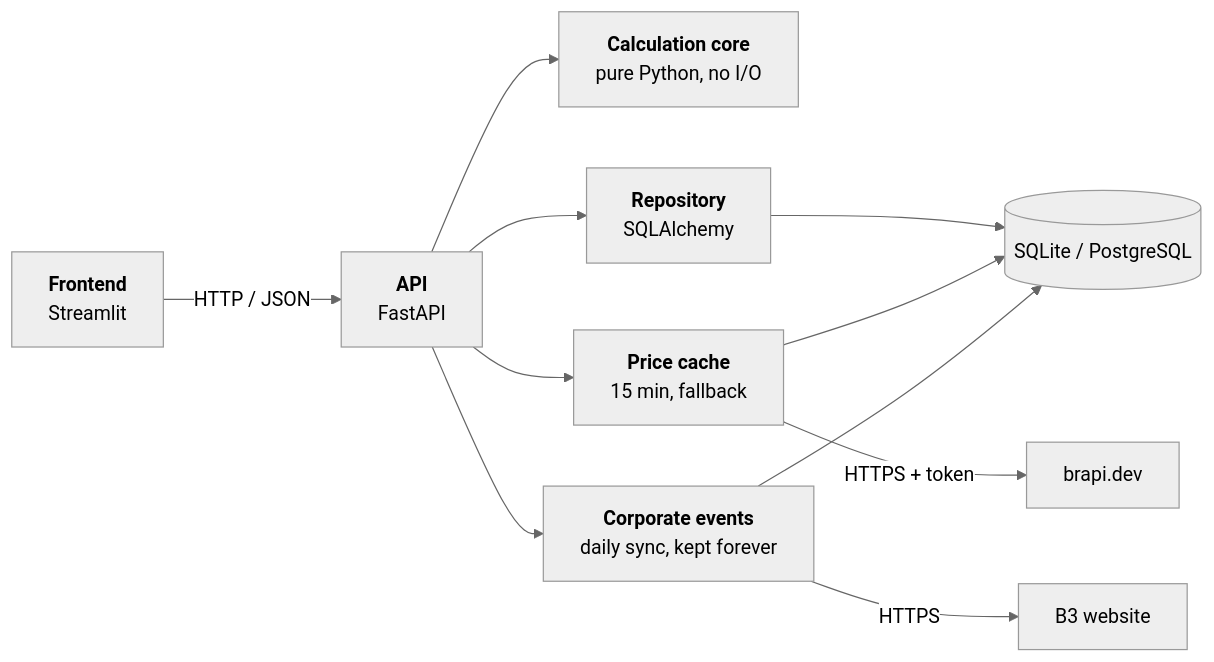
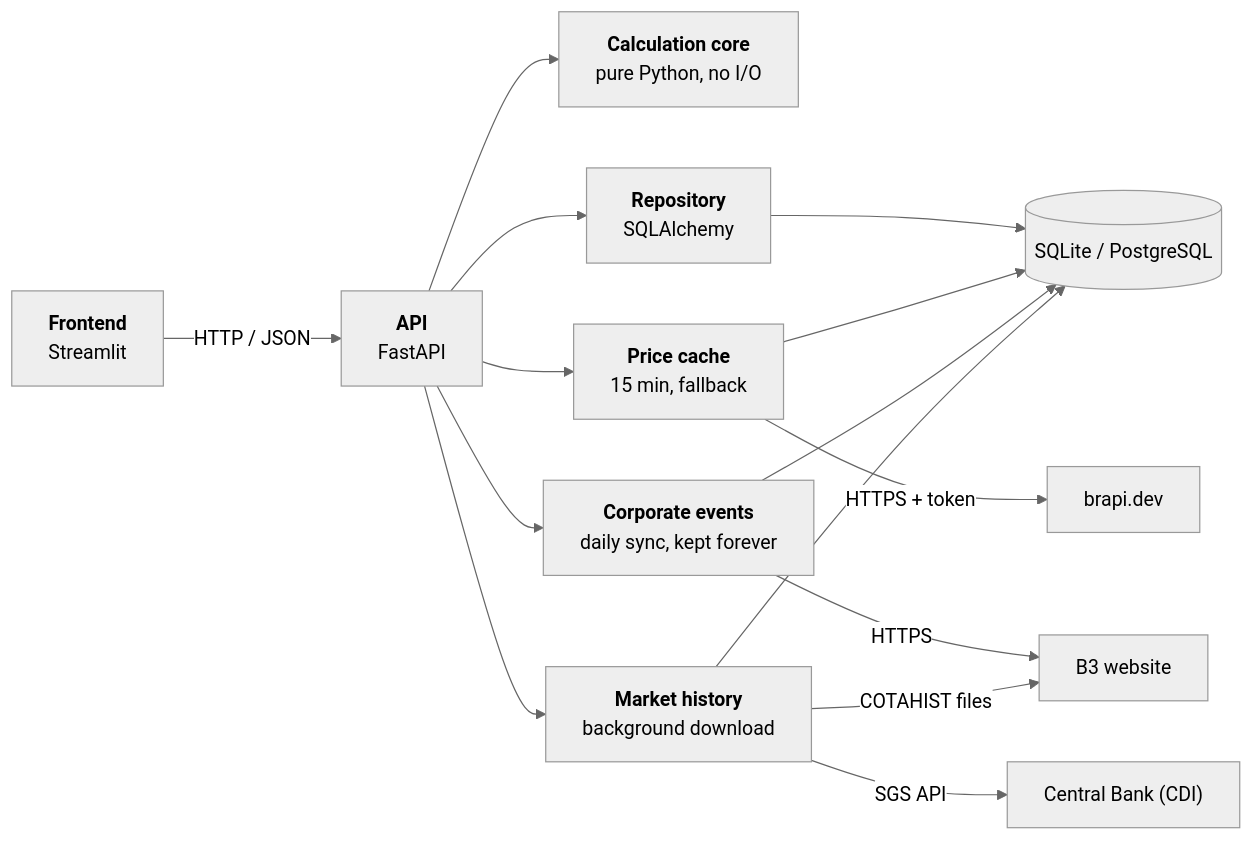
One commit to samuel-mendes-monteiro/InvestTrack changed the diagram in README.md. Above: the diagram before and after it, drawn with Mermaid (neutral theme). The commit also changed other lines of this file and 15 other files, not shown here.

````diff
--- a/README.md
+++ b/README.md
@@ -38,13 +39,17 @@
 ```mermaid
 flowchart LR
     UI["<b>Frontend</b><br/>Streamlit"] -- "HTTP / JSON" --> API["<b>API</b><br/>FastAPI"]
     API --> Core["<b>Calculation core</b><br/>pure Python, no I/O"]
     API --> Repo["<b>Repository</b><br/>SQLAlchemy"]
     Repo --> DB[("SQLite / PostgreSQL")]
     API --> Prices["<b>Price cache</b><br/>15 min, fallback"]
     Prices -- "HTTPS + token" --> Brapi["brapi.dev"]
     Prices --> DB
     API --> Events["<b>Corporate events</b><br/>daily sync, kept forever"]
     Events -- "HTTPS" --> B3["B3 website"]
     Events --> DB
+    API --> Market["<b>Market history</b><br/>background download"]
+    Market -- "COTAHIST files" --> B3
+    Market -- "SGS API" --> BCB["Central Bank (CDI)"]
+    Market --> DB
 ```
````
